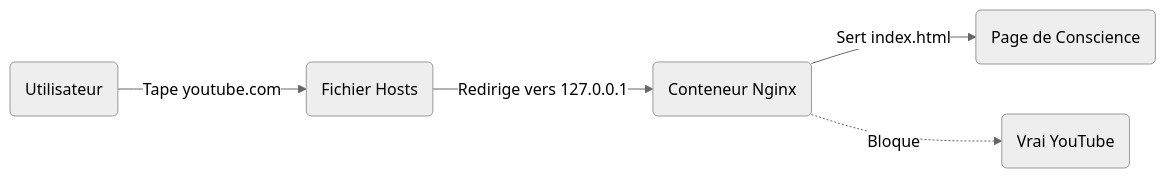
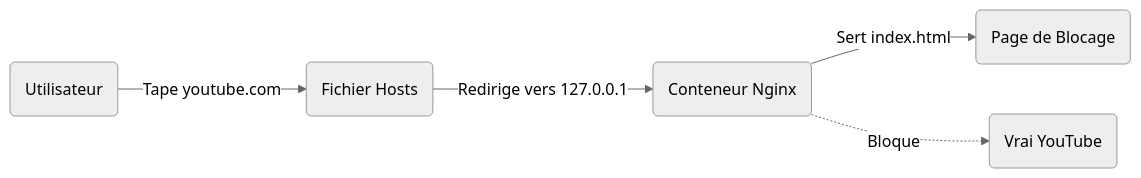
The diagram in README.md (cacti-lfs/procrastination-killer), drawn with Mermaid (neutral theme) before and after one commit. The commit also changed other lines of this file, not shown here.

Commit message:
readme:fix readme

````diff
--- a/README.md
+++ b/README.md
@@ -16,7 +16,7 @@
 ```mermaid
 graph LR
     User(Utilisateur) -->|Tape youtube.com| OS(Fichier Hosts)
     OS -->|Redirige vers 127.0.0.1| Docker(Conteneur Nginx)
-    Docker -->|Sert index.html| Screen(Page de Conscience)
+    Docker -->|Sert index.html| Screen(Page de Blocage)
     Docker -.->|Bloque| Real(Vrai YouTube)
 ```
````
